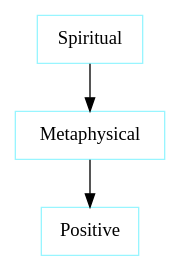
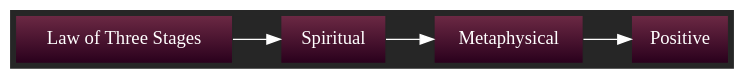
Before and after one commit to julianfl0w/Deism: the diagram in graphs/Law_of_Three_Stages.dot, drawn with Graphviz. The commit also changed 19 other files, not shown here.

```diff
--- a/graphs/Law_of_Three_Stages.dot
+++ b/graphs/Law_of_Three_Stages.dot
@@ -1,7 +1,15 @@
 digraph D {
-"Spiritual" [shape=box, color = cadetblue1]
-"Metaphysical" [shape=box, color = cadetblue1]
-"Positive" [shape=box, color = cadetblue1]
-"Metaphysical" -> "Positive" [penwidth=1]
-"Spiritual" -> "Metaphysical" [penwidth=1]
+rankdir = LR
+style = filled
+color = lightgrey
+bgcolor = "#262626"
+fillcolor = "darkgray:gold"
+gradientangle = 0
+"Law of Three Stages" [shape=box, color="#262626", fontcolor=white, fillcolor="#6C2944:#29001C", style=filled, gradientangle=270.05]
+"Spiritual" [shape=box, color="#262626", fontcolor=white, fillcolor="#6C2944:#29001C", style=filled, gradientangle=270.05]
+"Law of Three Stages" -> "Spiritual" [color=white, penwidth=1]
+"Metaphysical" [shape=box, color="#262626", fontcolor=white, fillcolor="#6C2944:#29001C", style=filled, gradientangle=270.05]
+"Spiritual" -> "Metaphysical" [color=white, penwidth=1]
+"Positive" [shape=box, color="#262626", fontcolor=white, fillcolor="#6C2944:#29001C", style=filled, gradientangle=270.05]
+"Metaphysical" -> "Positive" [color=white, penwidth=1]
 }
```
